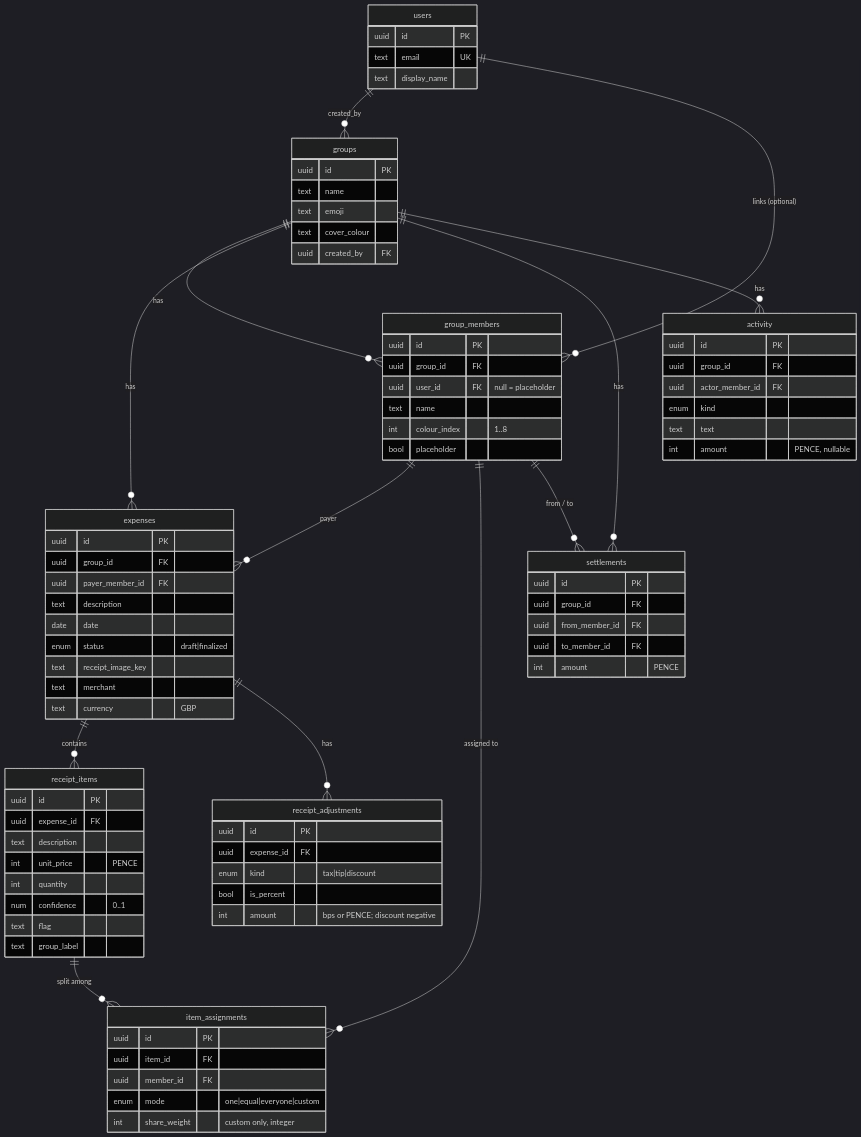
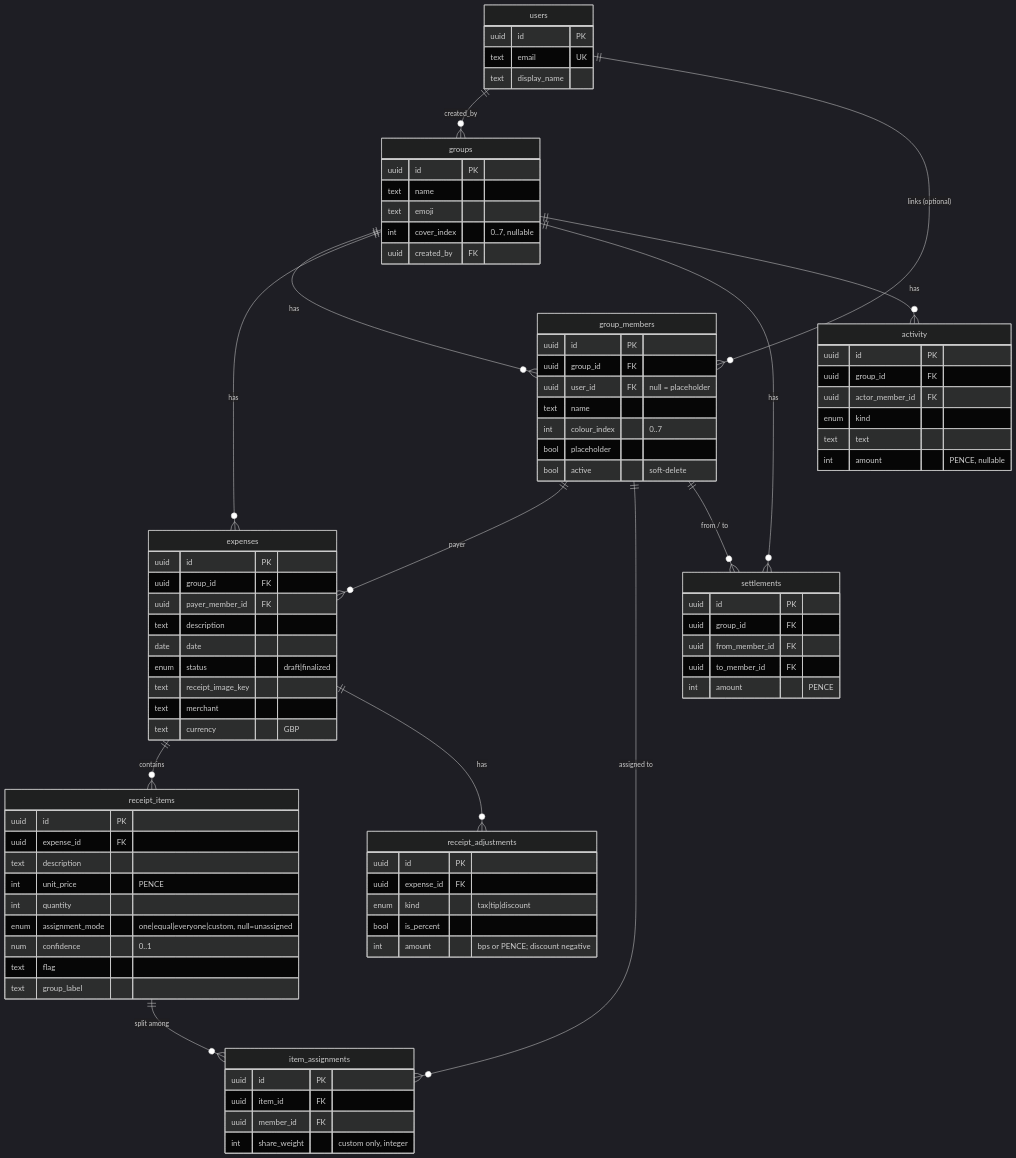
The second of 2 diagrams in .kiro/specs/data-and-persistence/design.md (Evans-Software-Solutions-Limited/divvy-up), drawn with Mermaid (dark theme) before and after one commit. The commit also changed other lines of this file and 13 other files, not shown here.

```diff
--- a/.kiro/specs/data-and-persistence/design.md
+++ b/.kiro/specs/data-and-persistence/design.md
@@ -486,7 +501,7 @@
     uuid id PK
     text name
     text emoji
-    text cover_colour
+    int  cover_index "0..7, nullable"
     uuid created_by FK
   }
   group_members {
@@ -494,8 +509,9 @@
     uuid group_id FK
     uuid user_id FK "null = placeholder"
     text name
-    int  colour_index "1..8"
+    int  colour_index "0..7"
     bool placeholder
+    bool active "soft-delete"
   }
   expenses {
     uuid id PK
@@ -514,6 +530,7 @@
     text description
     int  unit_price "PENCE"
     int  quantity
+    enum assignment_mode "one|equal|everyone|custom, null=unassigned"
     num  confidence "0..1"
     text flag
     text group_label
@@ -522,7 +539,6 @@
     uuid id PK
     uuid item_id FK
     uuid member_id FK
-    enum mode "one|equal|everyone|custom"
     int  share_weight "custom only, integer"
   }
   receipt_adjustments {
```
